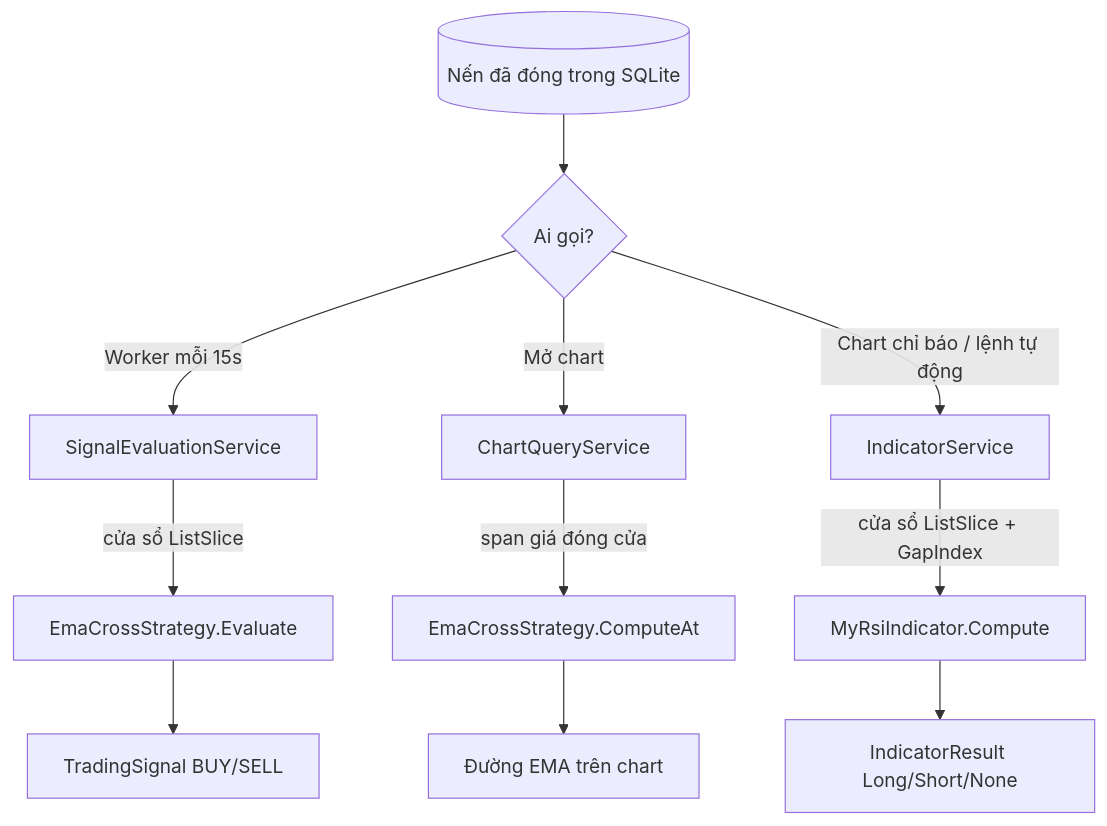
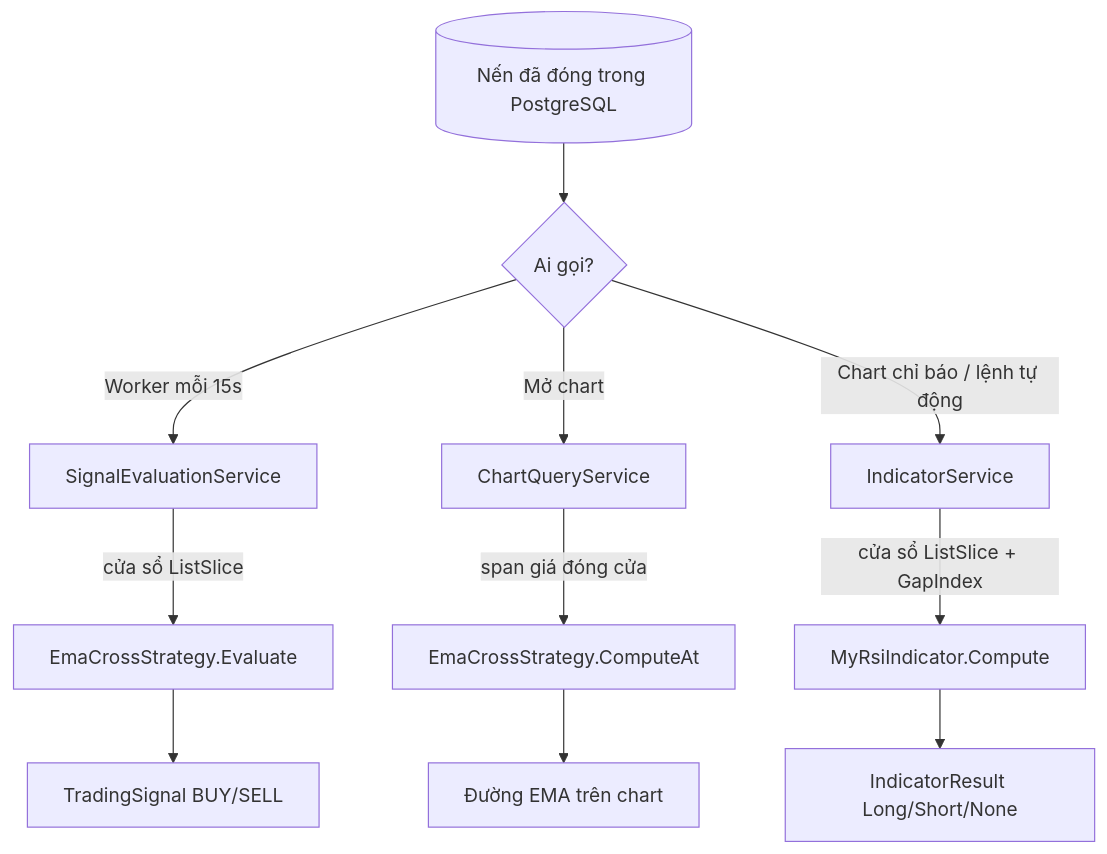
The diagram in docs/signal-functions.md (HuynhTri0811/BotTrainCoin), drawn with Mermaid before and after one commit. The commit also changed 6 other files, not shown here.

Commit message:
Document the PostgreSQL setup, pgAdmin access and data copy (#182)

````diff
--- a/docs/signal-functions.md
+++ b/docs/signal-functions.md
@@ -22,13 +22,13 @@
 ```mermaid
 flowchart TD
-    DB[(Nến đã đóng trong SQLite)] --> W{Ai gọi?}
+    DB[(Nến đã đóng trong PostgreSQL)] --> W{Ai gọi?}
     W -->|Worker mỗi 15s| SE[SignalEvaluationService]
     W -->|Mở chart| CQ[ChartQueryService]
     W -->|Chart chỉ báo / lệnh tự động| IS[IndicatorService]
     SE -->|cửa sổ ListSlice| EV[EmaCrossStrategy.Evaluate]
     CQ -->|span giá đóng cửa| CA[EmaCrossStrategy.ComputeAt]
     IS -->|cửa sổ ListSlice + GapIndex| MR[MyRsiIndicator.Compute]
     EV --> SIG[TradingSignal BUY/SELL]
     CA --> LINE[Đường EMA trên chart]
     MR --> RES[IndicatorResult Long/Short/None]
 ```
````
